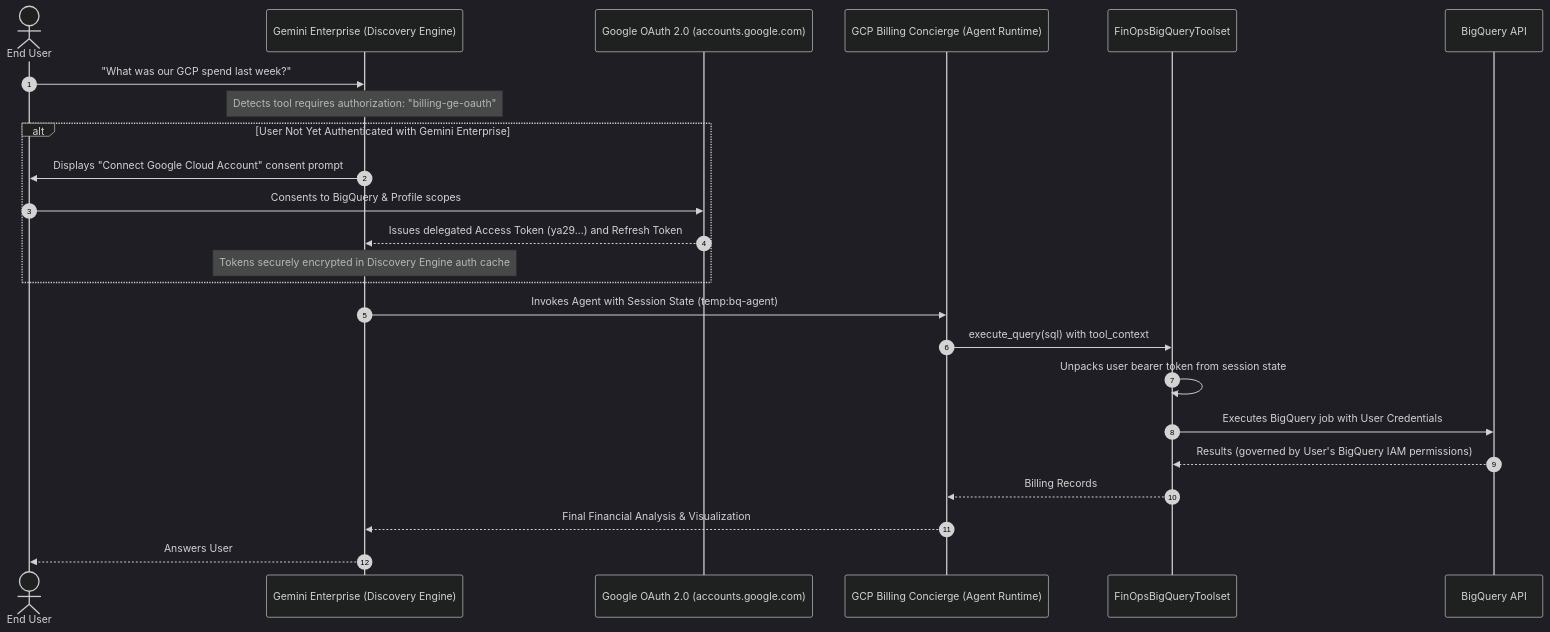
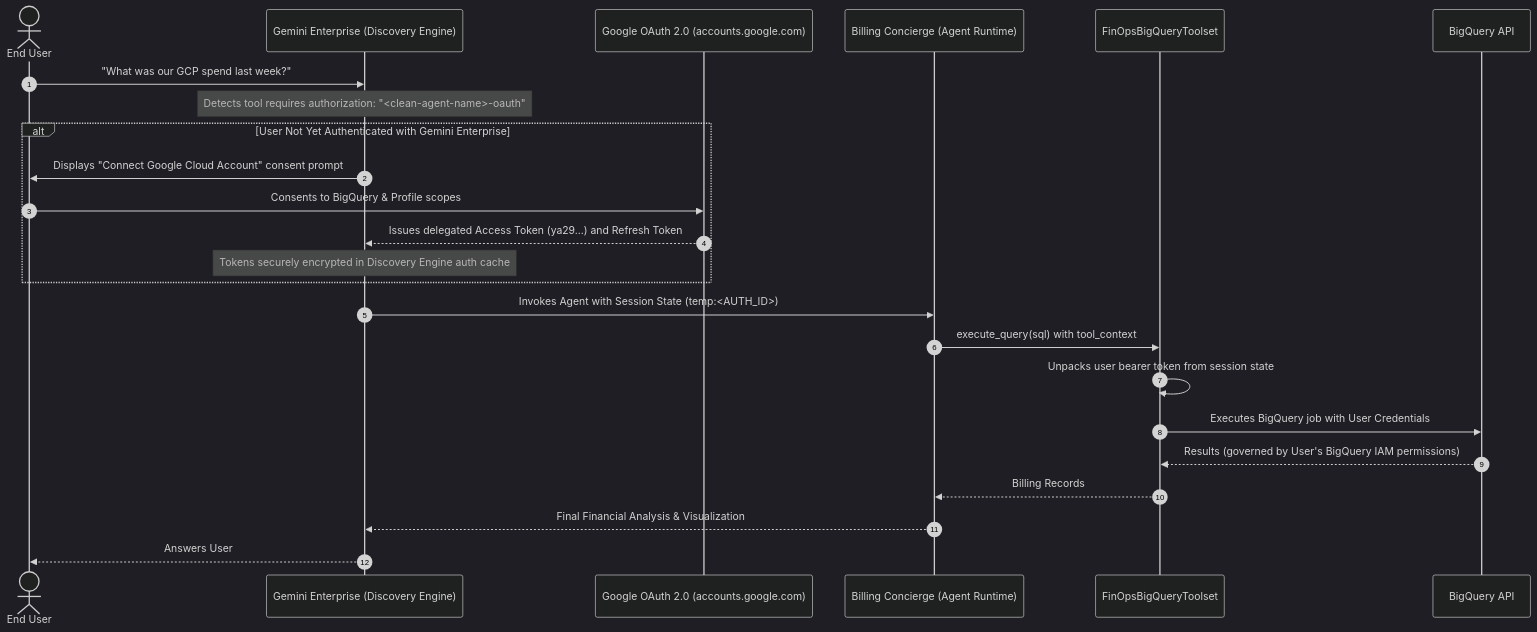
Before and after one commit to pemujo/GCP-Billing-Concierge: the first of 2 diagrams in README.md, drawn with Mermaid (dark theme). The commit also changed other lines of this file and 19 other files, not shown here.

````diff
--- a/README.md
+++ b/README.md
@@ -140,27 +162,27 @@
 ```mermaid
 sequenceDiagram
     autonumber
     actor User as End User
     participant GE as Gemini Enterprise (Discovery Engine)
     participant Auth as Google OAuth 2.0 (accounts.google.com)
-    participant Agent as GCP Billing Concierge (Agent Runtime)
+    participant Agent as Billing Concierge (Agent Runtime)
     participant Tool as FinOpsBigQueryToolset
     participant BQ as BigQuery API
 
     User->>GE: "What was our GCP spend last week?"
-    Note over GE: Detects tool requires authorization: "billing-ge-oauth"
+    Note over GE: Detects tool requires authorization: "<clean-agent-name>-oauth"
     alt User Not Yet Authenticated with Gemini Enterprise
         GE->>User: Displays "Connect Google Cloud Account" consent prompt
         User->>Auth: Consents to BigQuery & Profile scopes
         Auth-->>GE: Issues delegated Access Token (ya29...) and Refresh Token
         Note over GE: Tokens securely encrypted in Discovery Engine auth cache
     end
-    GE->>Agent: Invokes Agent with Session State (temp:bq-agent)
+    GE->>Agent: Invokes Agent with Session State (temp:<AUTH_ID>)
     Agent->>Tool: execute_query(sql) with tool_context
     Tool->>Tool: Unpacks user bearer token from session state
     Tool->>BQ: Executes BigQuery job with User Credentials
     BQ-->>Tool: Results (governed by User's BigQuery IAM permissions)
     Tool-->>Agent: Billing Records
     Agent-->>GE: Final Financial Analysis & Visualization
     GE-->>User: Answers User
 ```
````
